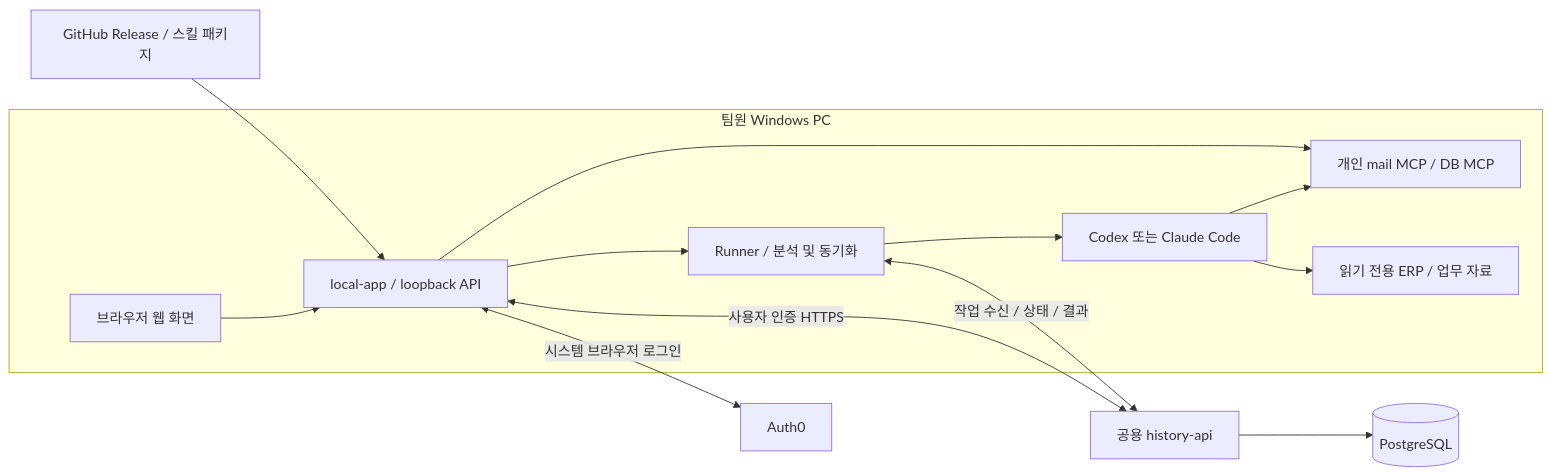
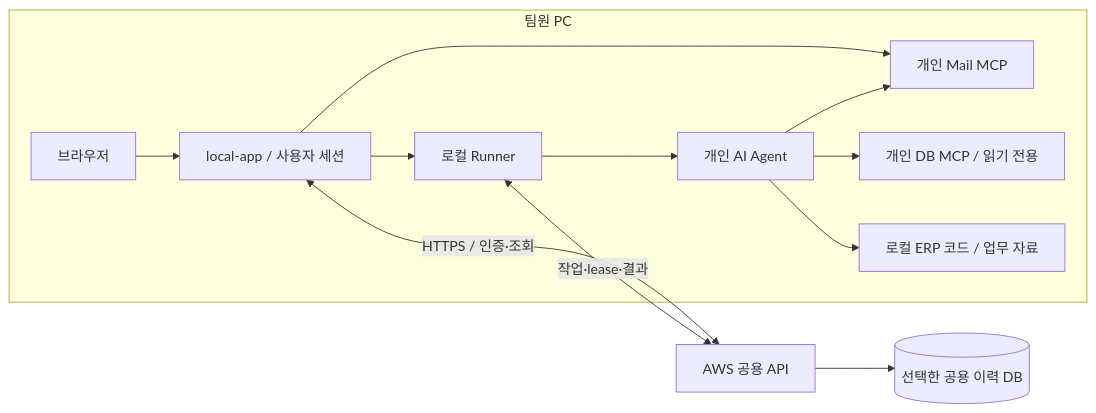
One commit to srp-david/mail-triage-automation changed the first of 2 diagrams in docs/implementation-plan.md. Above: the diagram before and after it, drawn with Mermaid. The commit also changed other lines of this file and 7 other files, not shown here.

````diff
--- a/docs/implementation-plan.md
+++ b/docs/implementation-plan.md
@@ -85,16 +54,15 @@
 ```mermaid
 flowchart LR
-  subgraph PC[팀원 Windows PC]
-    UI[브라우저 웹 화면] --> LOCAL[local-app / loopback API]
-    LOCAL --> RUNNER[Runner / 분석 및 동기화]
-    RUNNER --> AGENT[Codex 또는 Claude Code]
-    AGENT --> MCP[개인 mail MCP / DB MCP]
-    AGENT --> REF[읽기 전용 ERP / 업무 자료]
-    LOCAL --> MCP
+  subgraph PC[팀원 PC]
+    UI[브라우저] --> LOCAL[local-app / 사용자 세션]
+    LOCAL --> RUNNER[로컬 Runner]
+    LOCAL --> MAIL[개인 Mail MCP]
+    RUNNER --> AGENT[개인 AI Agent]
+    AGENT --> MAIL
+    AGENT --> MCP[개인 DB MCP / 읽기 전용]
+    AGENT --> SOURCE[로컬 ERP 코드 / 업무 자료]
   end
-  LOCAL <-->|시스템 브라우저 로그인| AUTH[Auth0]
-  LOCAL <-->|사용자 인증 HTTPS| API[공용 history-api]
-  RUNNER <-->|작업 수신 / 상태 / 결과| API
-  API --> DB[(PostgreSQL)]
-  RELEASE[GitHub Release / 스킬 패키지] --> LOCAL
+  LOCAL <-->|HTTPS / 인증·조회| API[AWS 공용 API]
+  RUNNER <-->|작업·lease·결과| API
+  API --> DB[(선택한 공용 이력 DB)]
 ```
````
